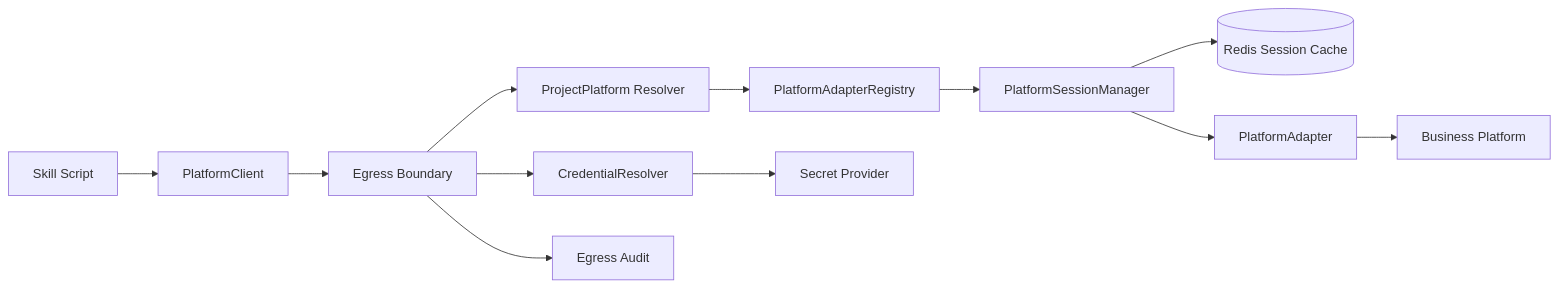
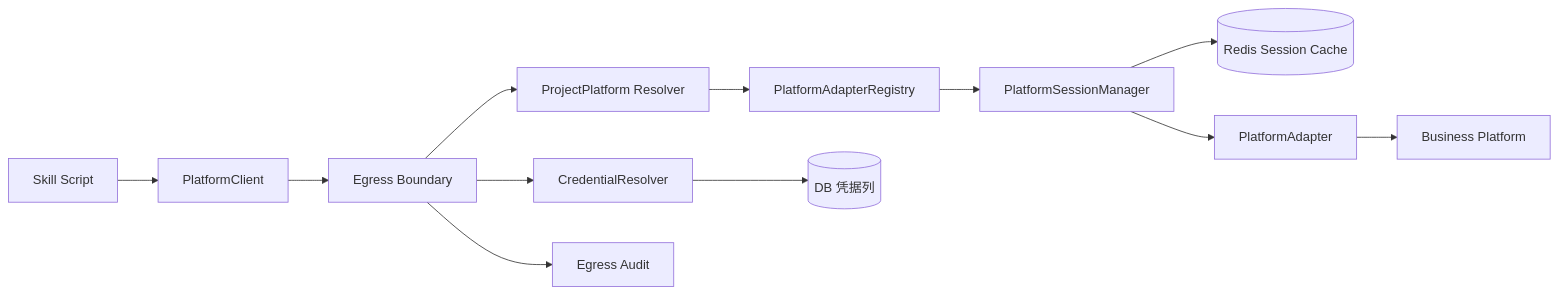
One commit to Michaelxwb/fluxion-harness changed the fourth of 5 diagrams in docs/06-Skill-SDK与Egress-Boundary详细设计.md. Above: the diagram before and after it, drawn with Mermaid. The commit also changed other lines of this file and 116 other files, not shown here.

````diff
--- a/docs/06-Skill-SDK与Egress-Boundary详细设计.md
+++ b/docs/06-Skill-SDK与Egress-Boundary详细设计.md
@@ -333,14 +333,14 @@
 ```mermaid
 flowchart LR
     S[Skill Script] --> PC[PlatformClient]
     PC --> EB[Egress Boundary]
     EB --> PR[ProjectPlatform Resolver]
     PR --> AR[PlatformAdapterRegistry]
     EB --> CR[CredentialResolver]
-    CR --> SP[Secret Provider]
+    CR --> SP[(DB 凭据列)]
     AR --> SM[PlatformSessionManager]
     SM --> RS[(Redis Session Cache)]
     SM --> AD[PlatformAdapter]
     AD --> BP[Business Platform]
     EB --> AU[Egress Audit]
 ```
````
